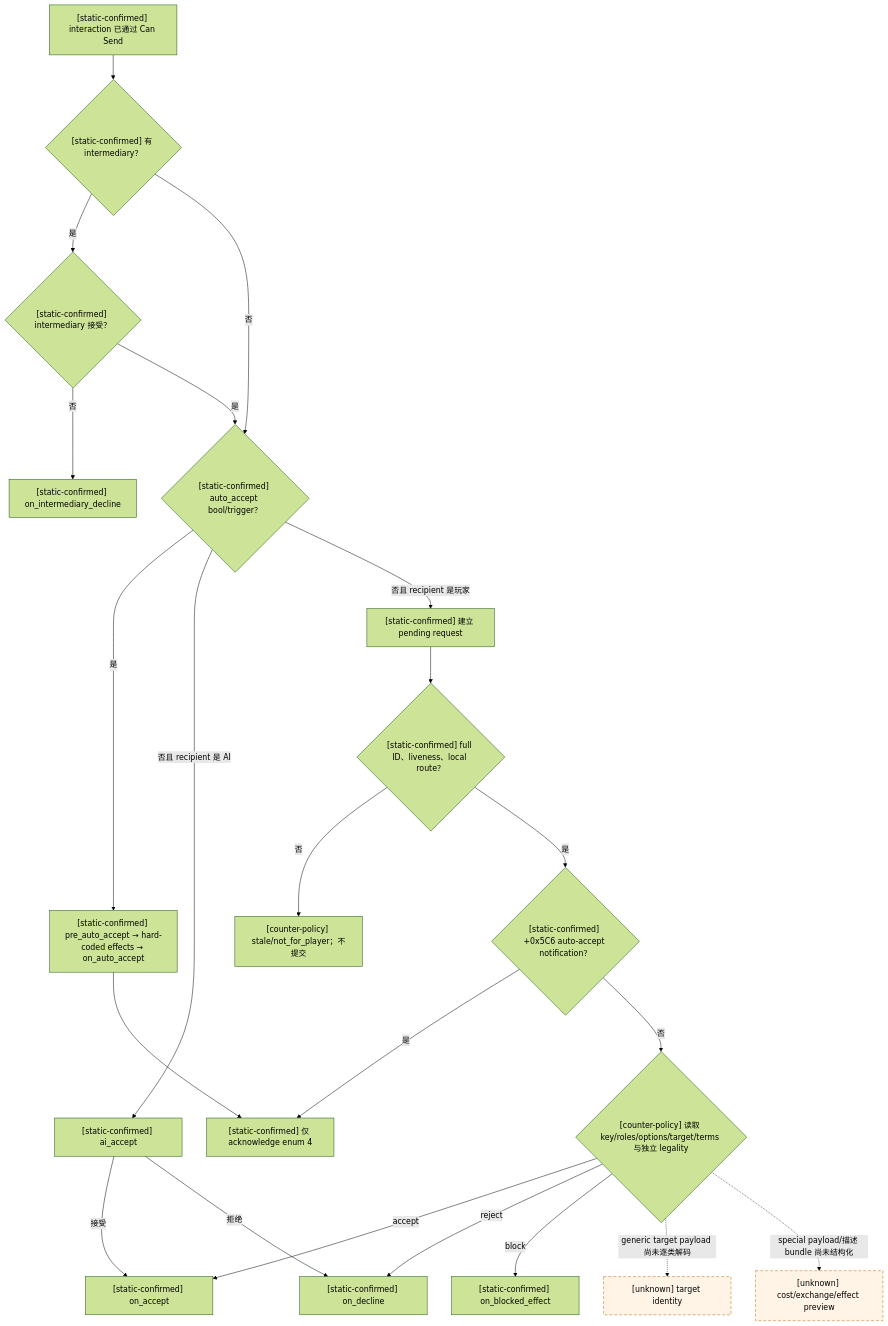
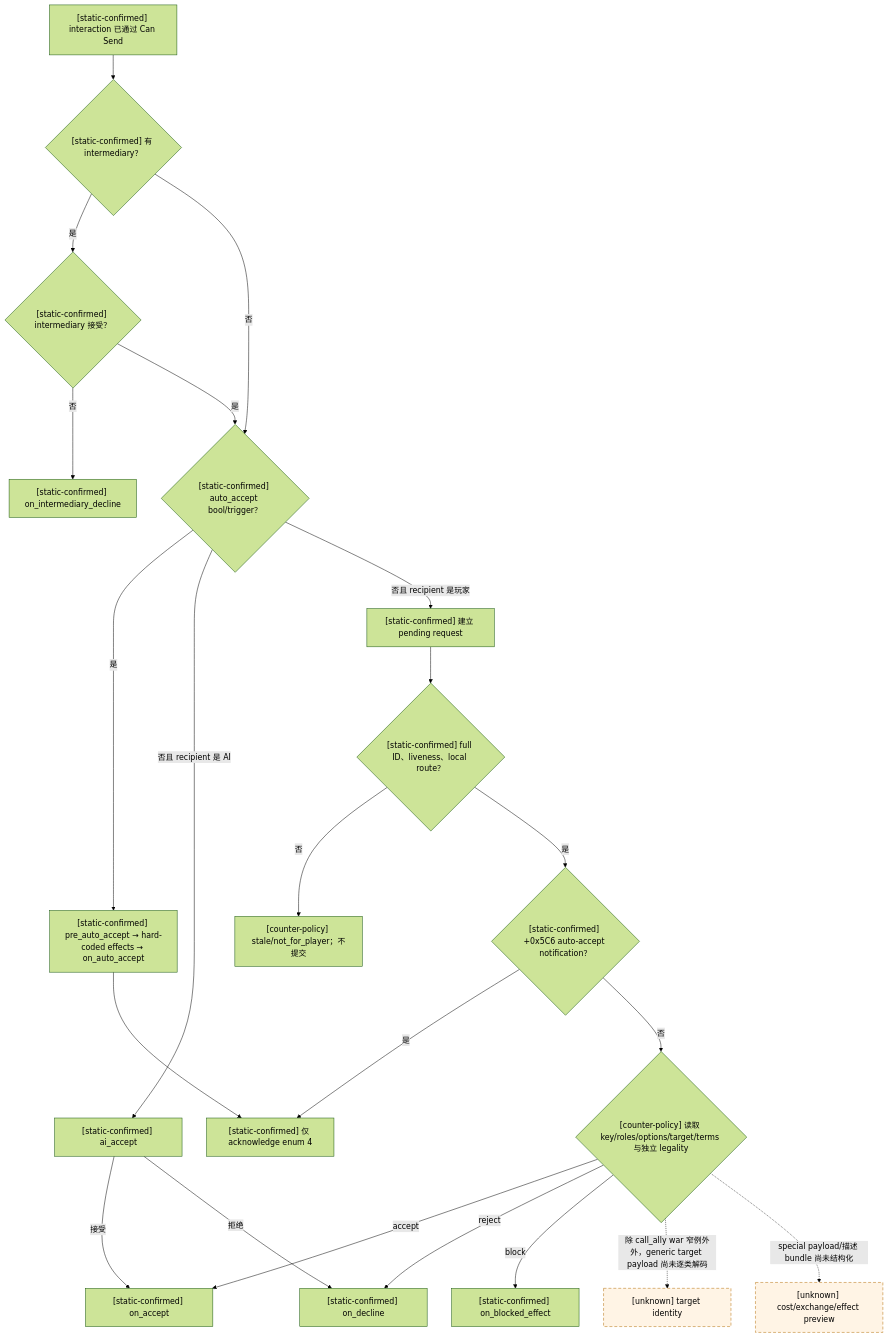
The fourth of 6 diagrams in docs/ck3-native-ai/events-and-interactions.md (XenoAmess/ck3_eternal_recurrence), drawn with Mermaid (forest theme) before and after one commit. The commit also changed other lines of this file and 17 other files, not shown here.

Commit message:
Close call-ally typed target definition boundary

````diff
--- a/docs/ck3-native-ai/events-and-interactions.md
+++ b/docs/ck3-native-ai/events-and-interactions.md
@@ -423,26 +424,26 @@
 ```mermaid
 flowchart TD
     I["[static-confirmed] interaction 已通过 Can Send"] --> M{"[static-confirmed] 有 intermediary？"}
     M -->|是| MA{"[static-confirmed] intermediary 接受？"}
     MA -->|否| MD["[static-confirmed] on_intermediary_decline"]
     MA -->|是| R
     M -->|否| R{"[static-confirmed] auto_accept bool/trigger？"}
     R -->|是| PA["[static-confirmed] pre_auto_accept → hard-coded effects → on_auto_accept"]
     R -->|否且 recipient 是 AI| AA["[static-confirmed] ai_accept"]
     R -->|否且 recipient 是玩家| P["[static-confirmed] 建立 pending request"]
     AA -->|接受| Y["[static-confirmed] on_accept"]
     AA -->|拒绝| N["[static-confirmed] on_decline"]
     P --> F{"[static-confirmed] full ID、liveness、local route？"}
     F -->|否| X["[counter-policy] stale/not_for_player；不提交"]
     F -->|是| QN{"[static-confirmed] +0x5C6 auto-accept notification？"}
     QN -->|是| K["[static-confirmed] 仅 acknowledge enum 4"]
     QN -->|否| D{"[counter-policy] 读取 key/roles/options/target/terms 与独立 legality"}
     D -->|accept| Y
     D -->|reject| N
     D -->|block| B["[static-confirmed] on_blocked_effect"]
     PA --> K
-    D -. "generic target payload 尚未逐类解码" .-> U["[unknown] target identity"]
+    D -. "除 call_ally war 窄例外外，generic target payload 尚未逐类解码" .-> U["[unknown] target identity"]
     D -. "special payload/描述 bundle 尚未结构化" .-> E["[unknown] cost/exchange/effect preview"]
     classDef unknown stroke-dasharray: 6 4,fill:#fff4e5,stroke:#b36b00;
     class U,E unknown;
 ```
````
